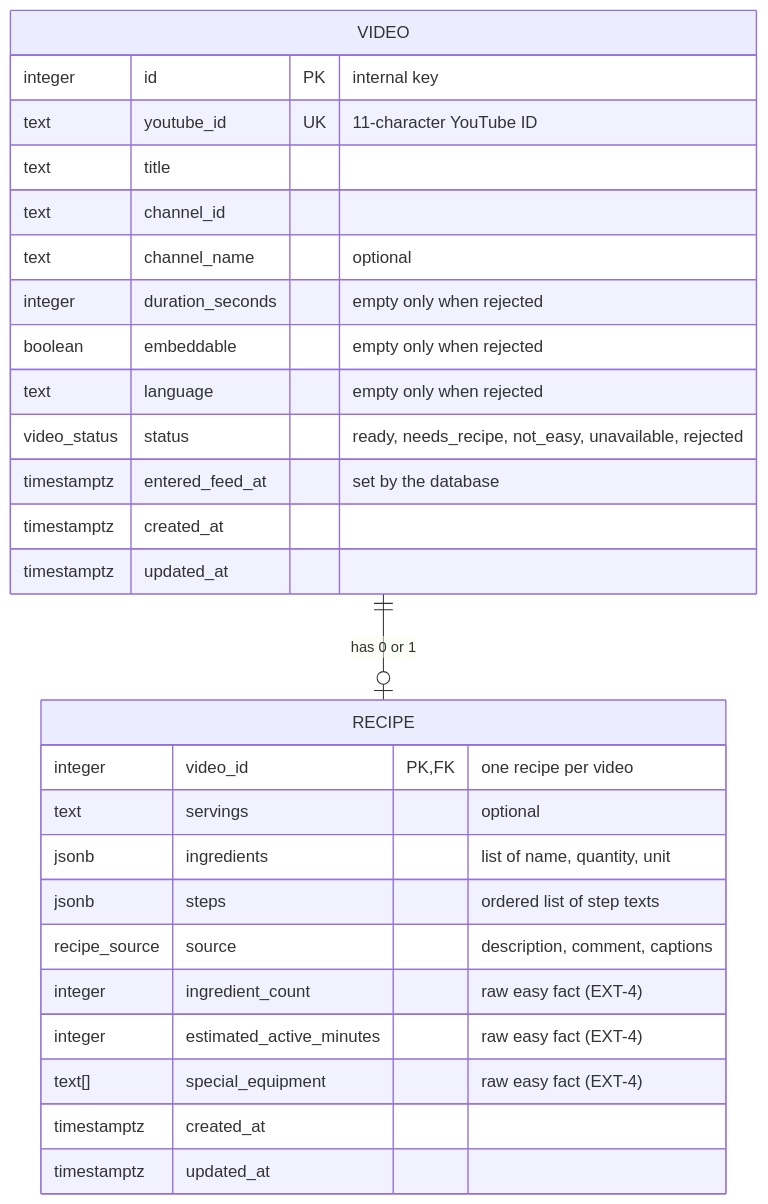
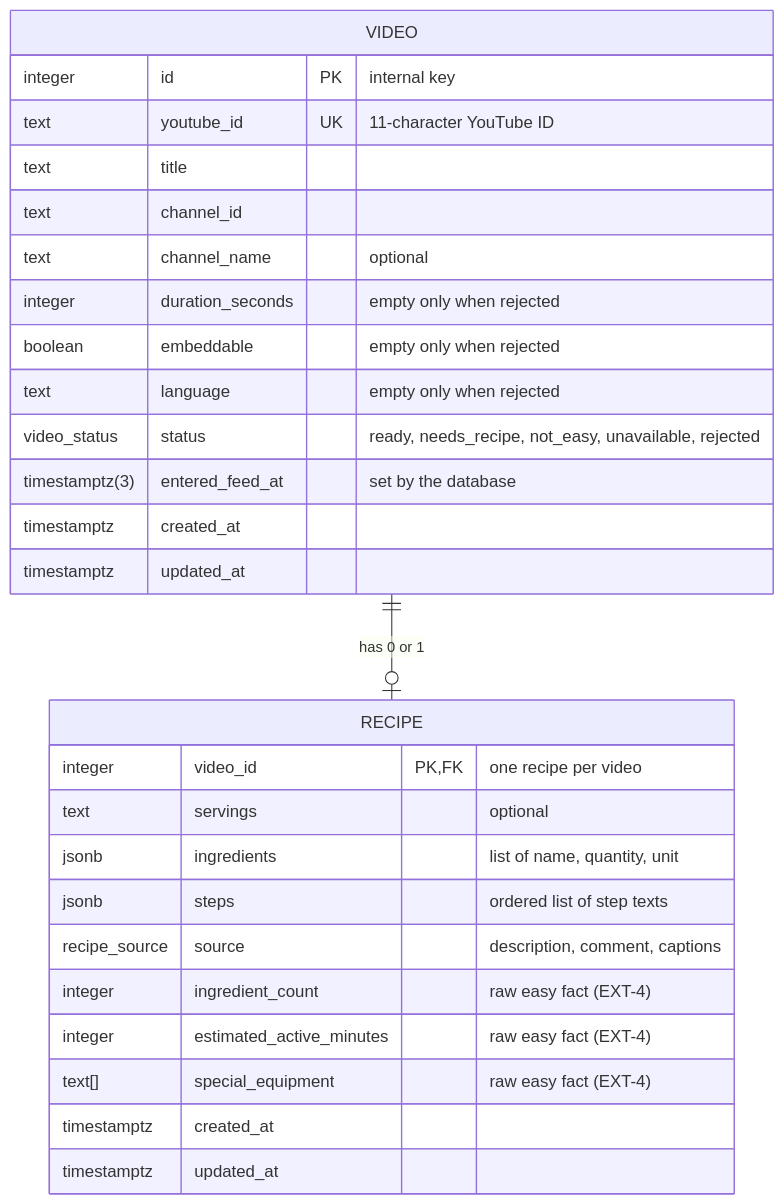
One commit to jpabloaljure/recipe changed the diagram in docs/architecture/data-model.md. Above: the diagram before and after it, drawn with Mermaid. The commit also changed other lines of this file and 41 other files, not shown here.

First line of the commit message:
REC-019: database schema, migrations and test harness (PR 1 of 2)

````diff
--- a/docs/architecture/data-model.md
+++ b/docs/architecture/data-model.md
@@ -17,32 +17,32 @@
 ```mermaid
 erDiagram
   VIDEO ||--o| RECIPE : "has 0 or 1"
 
   VIDEO {
     integer id PK "internal key"
     text youtube_id UK "11-character YouTube ID"
     text title
     text channel_id
     text channel_name "optional"
     integer duration_seconds "empty only when rejected"
     boolean embeddable "empty only when rejected"
     text language "empty only when rejected"
     video_status status "ready, needs_recipe, not_easy, unavailable, rejected"
-    timestamptz entered_feed_at "set by the database"
+    timestamptz(3) entered_feed_at "set by the database"
     timestamptz created_at
     timestamptz updated_at
   }
 
   RECIPE {
     integer video_id PK, FK "one recipe per video"
     text servings "optional"
     jsonb ingredients "list of name, quantity, unit"
     jsonb steps "ordered list of step texts"
     recipe_source source "description, comment, captions"
     integer ingredient_count "raw easy fact (EXT-4)"
     integer estimated_active_minutes "raw easy fact (EXT-4)"
     text[] special_equipment "raw easy fact (EXT-4)"
     timestamptz created_at
     timestamptz updated_at
   }
 ```
````
